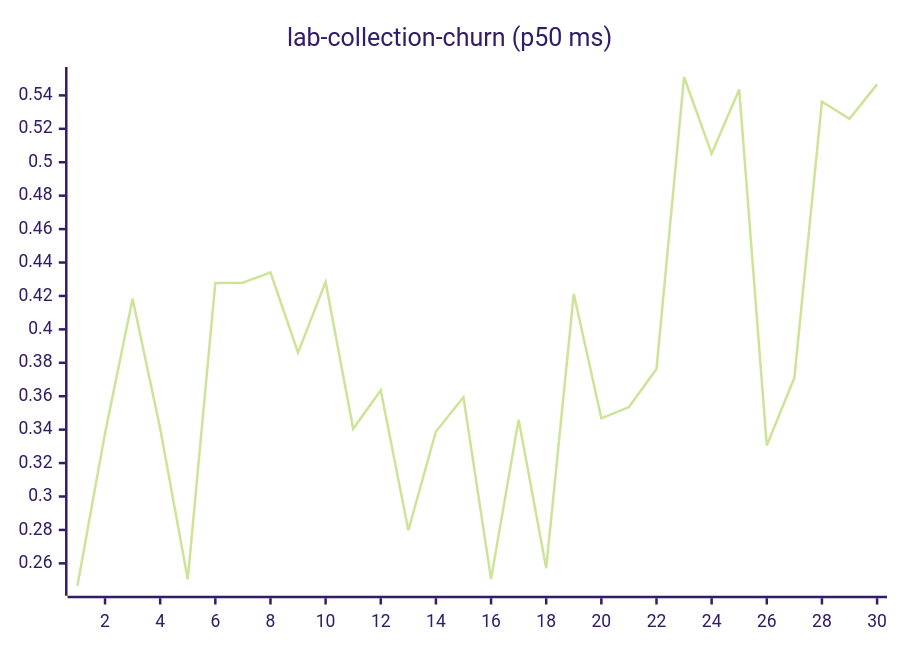
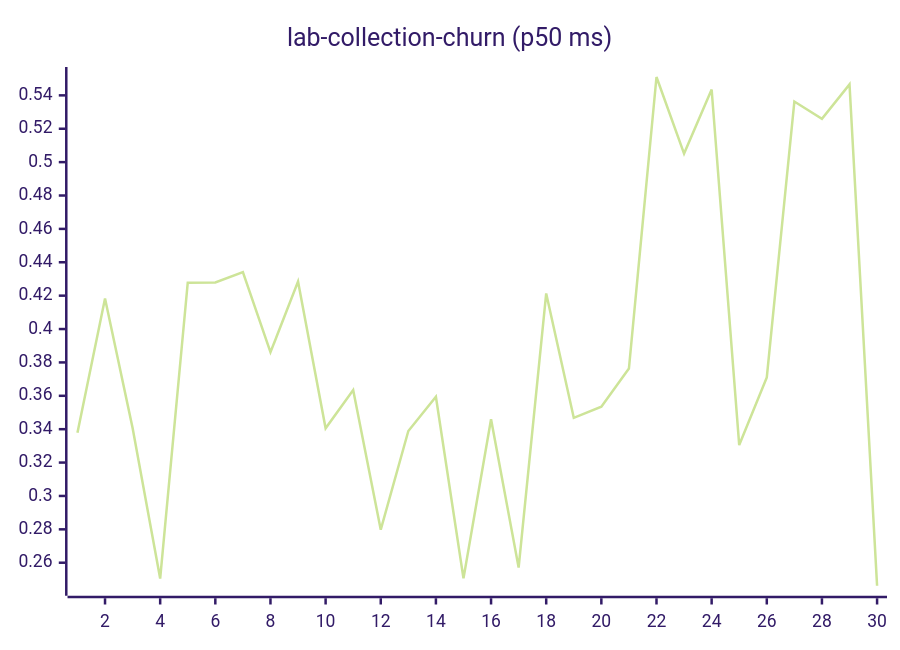
One commit to josha/Facet changed diagram 11 of 27 in README.md. Above: the diagram before and after it, drawn with Mermaid (forest theme). The commit also changed other lines of this file and 2 other files, not shown here.

````diff
--- a/README.md
+++ b/README.md
@@ -133,6 +133,6 @@
 ```mermaid
 xychart-beta
     title "lab-collection-churn (p50 ms)"
     x-axis 1 --> 30
-    line [0.2466, 0.3379, 0.4183, 0.3407, 0.2505, 0.4278, 0.4279, 0.4341, 0.3861, 0.4284, 0.3405, 0.3635, 0.2798, 0.3389, 0.3594, 0.2506, 0.3460, 0.2571, 0.4213, 0.3468, 0.3535, 0.3763, 0.5510, 0.5051, 0.5435, 0.3305, 0.3710, 0.5363, 0.5260, 0.5466]
+    line [0.3379, 0.4183, 0.3407, 0.2505, 0.4278, 0.4279, 0.4341, 0.3861, 0.4284, 0.3405, 0.3635, 0.2798, 0.3389, 0.3594, 0.2506, 0.3460, 0.2571, 0.4213, 0.3468, 0.3535, 0.3763, 0.5510, 0.5051, 0.5435, 0.3305, 0.3710, 0.5363, 0.5260, 0.5466, 0.2462]
 ```
````
